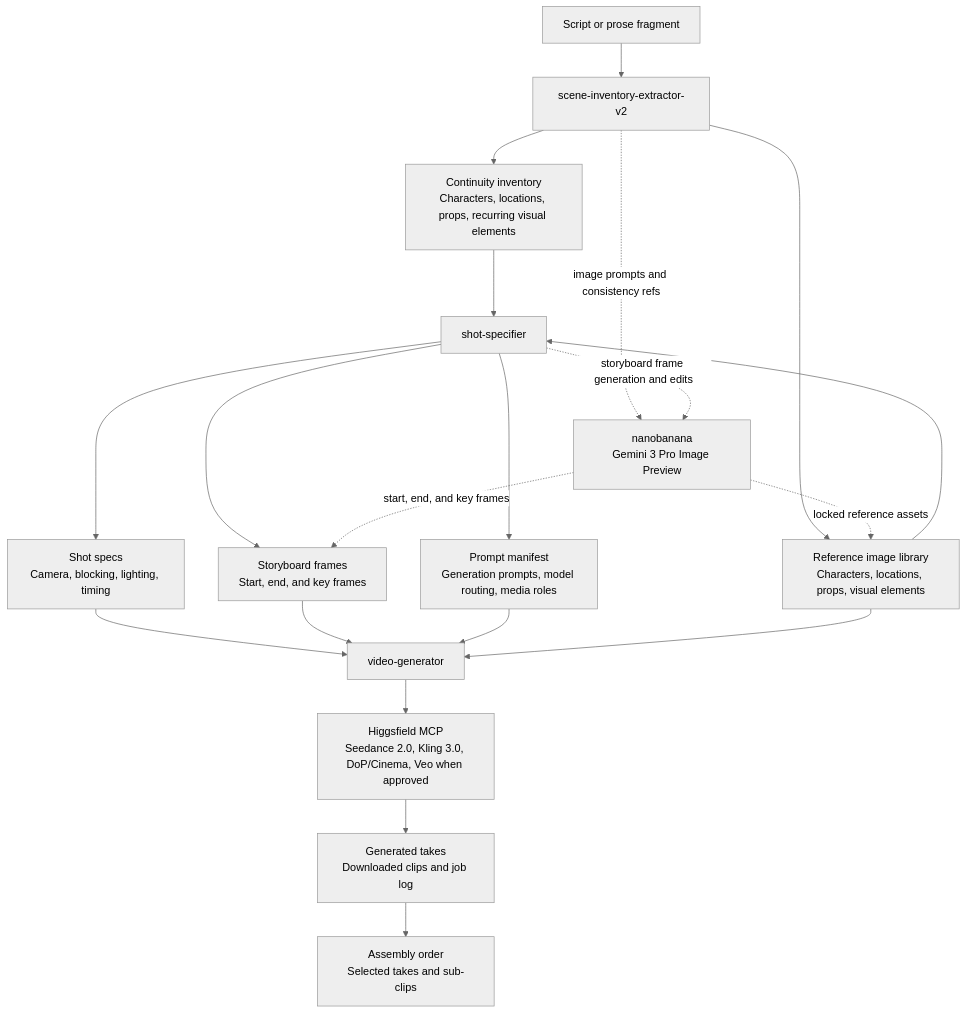
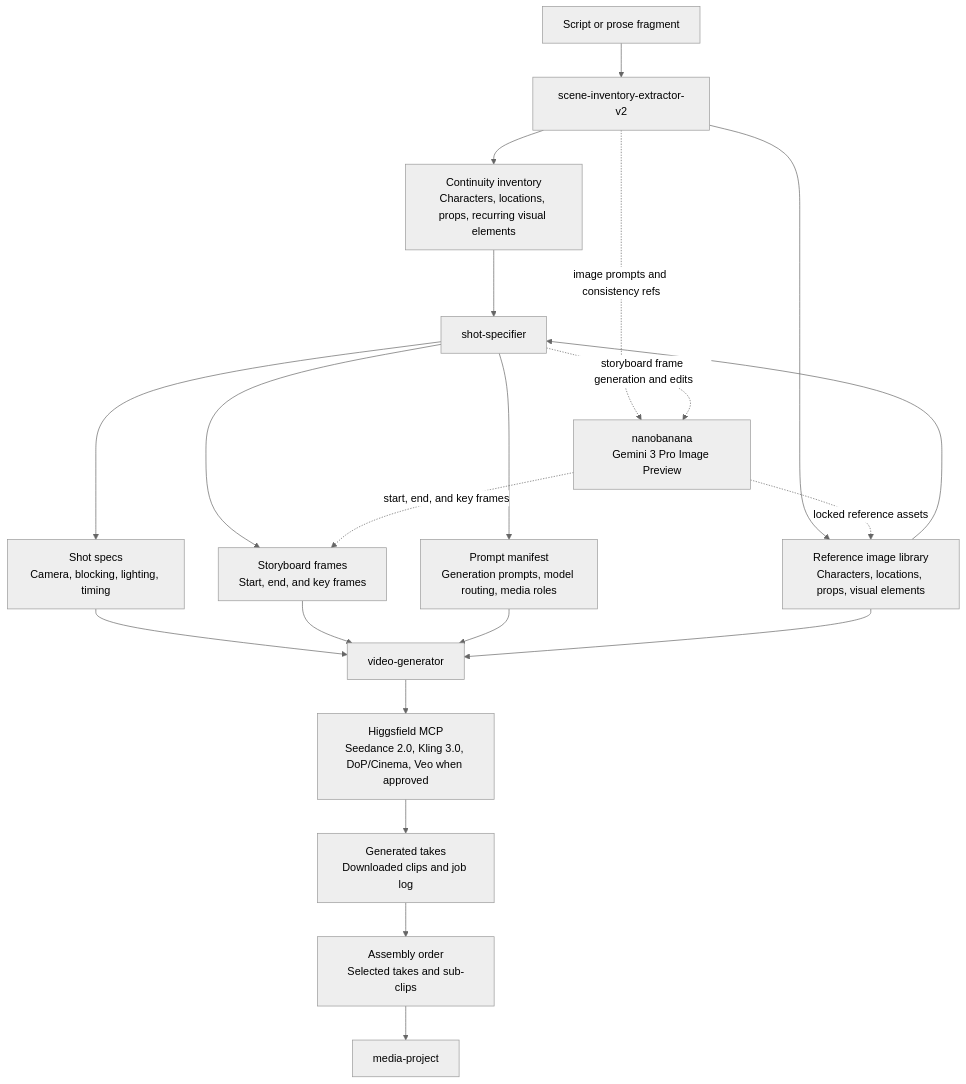
One commit to leynos/visual-storytelling-skills changed the diagram in README.md. Above: the diagram before and after it, drawn with Mermaid (neutral theme). The commit also changed other lines of this file and 20 other files, not shown here.

First line of the commit message:
Implement playable OpenShot media-project handoff (#7)

````diff
--- a/README.md
+++ b/README.md
@@ -92,38 +99,40 @@
 ```mermaid
 flowchart TD
     prose["Script or prose fragment"]
     extractor["scene-inventory-extractor-v2"]
     inventory["Continuity inventory\nCharacters, locations, props, recurring visual elements"]
     refs["Reference image library\nCharacters, locations, props, visual elements"]
     shotSpec["shot-specifier"]
     shotPack["Shot specs\nCamera, blocking, lighting, timing"]
     frames["Storyboard frames\nStart, end, and key frames"]
     prompts["Prompt manifest\nGeneration prompts, model routing, media roles"]
     videoGen["video-generator"]
+    mediaProject["media-project"]
     higgsfield["Higgsfield MCP\nSeedance 2.0, Kling 3.0, DoP/Cinema, Veo when approved"]
     clips["Generated takes\nDownloaded clips and job log"]
     assembly["Assembly order\nSelected takes and sub-clips"]
     nano["nanobanana\nGemini 3 Pro Image Preview"]
 
     prose --> extractor
     extractor --> inventory
     extractor --> refs
     extractor -. "image prompts and consistency refs" .-> nano
     nano -. "locked reference assets" .-> refs
 
     inventory --> shotSpec
     refs --> shotSpec
     shotSpec --> shotPack
     shotSpec --> frames
     shotSpec --> prompts
     shotSpec -. "storyboard frame generation and edits" .-> nano
     nano -. "start, end, and key frames" .-> frames
 
     shotPack --> videoGen
     frames --> videoGen
     prompts --> videoGen
     refs --> videoGen
     videoGen --> higgsfield
     higgsfield --> clips
     clips --> assembly
+    assembly --> mediaProject
 ```
````
